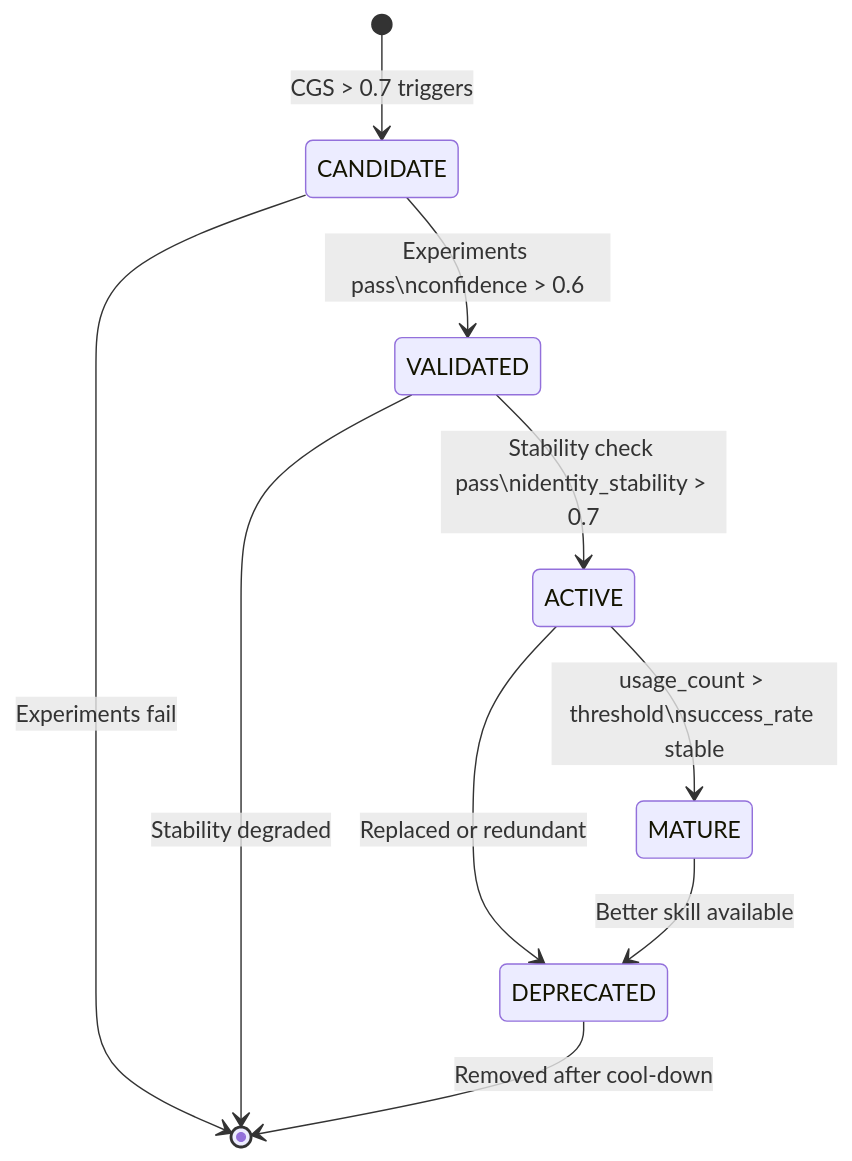
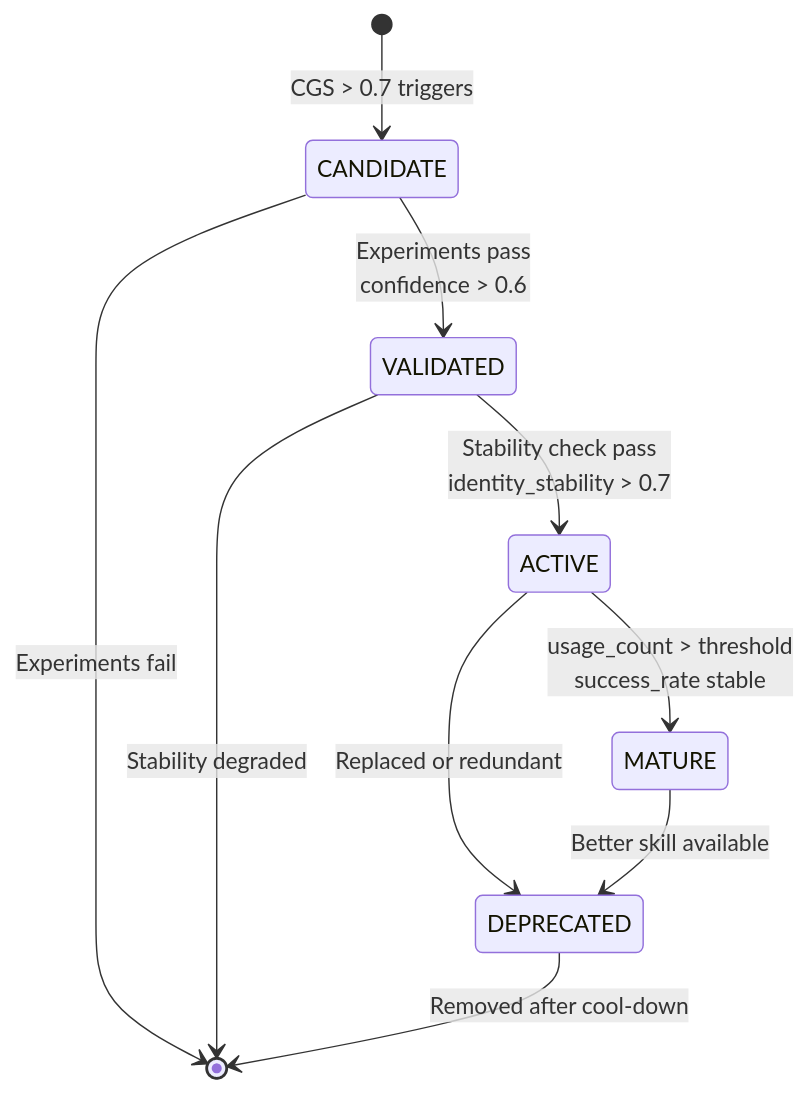
Before and after one commit to dotnetpower/mscp: the sixth of 14 diagrams in docs/levels/Level_4_Adaptive_General_Agent.md, drawn with Mermaid. The commit also changed other lines of this file and 3 other files, not shown here.

Commit message:
Refactor flowchart descriptions in Level 2, Level 3, Level 4.5, and Level 4 documentation to improve readability by replacing newline characters with HTML line breaks.

````diff
--- a/docs/levels/Level_4_Adaptive_General_Agent.md
+++ b/docs/levels/Level_4_Adaptive_General_Agent.md
@@ -282,12 +282,12 @@
 ```mermaid
 stateDiagram-v2
     [*] --> CANDIDATE : CGS > 0.7 triggers
-    CANDIDATE --> VALIDATED : Experiments pass\nconfidence > 0.6
+    CANDIDATE --> VALIDATED : Experiments pass<br/>confidence > 0.6
     CANDIDATE --> [*] : Experiments fail
-    VALIDATED --> ACTIVE : Stability check pass\nidentity_stability > 0.7
+    VALIDATED --> ACTIVE : Stability check pass<br/>identity_stability > 0.7
     VALIDATED --> [*] : Stability degraded
-    ACTIVE --> MATURE : usage_count > threshold\nsuccess_rate stable
+    ACTIVE --> MATURE : usage_count > threshold<br/>success_rate stable
     ACTIVE --> DEPRECATED : Replaced or redundant
     MATURE --> DEPRECATED : Better skill available
     DEPRECATED --> [*] : Removed after cool-down
 ```
````
